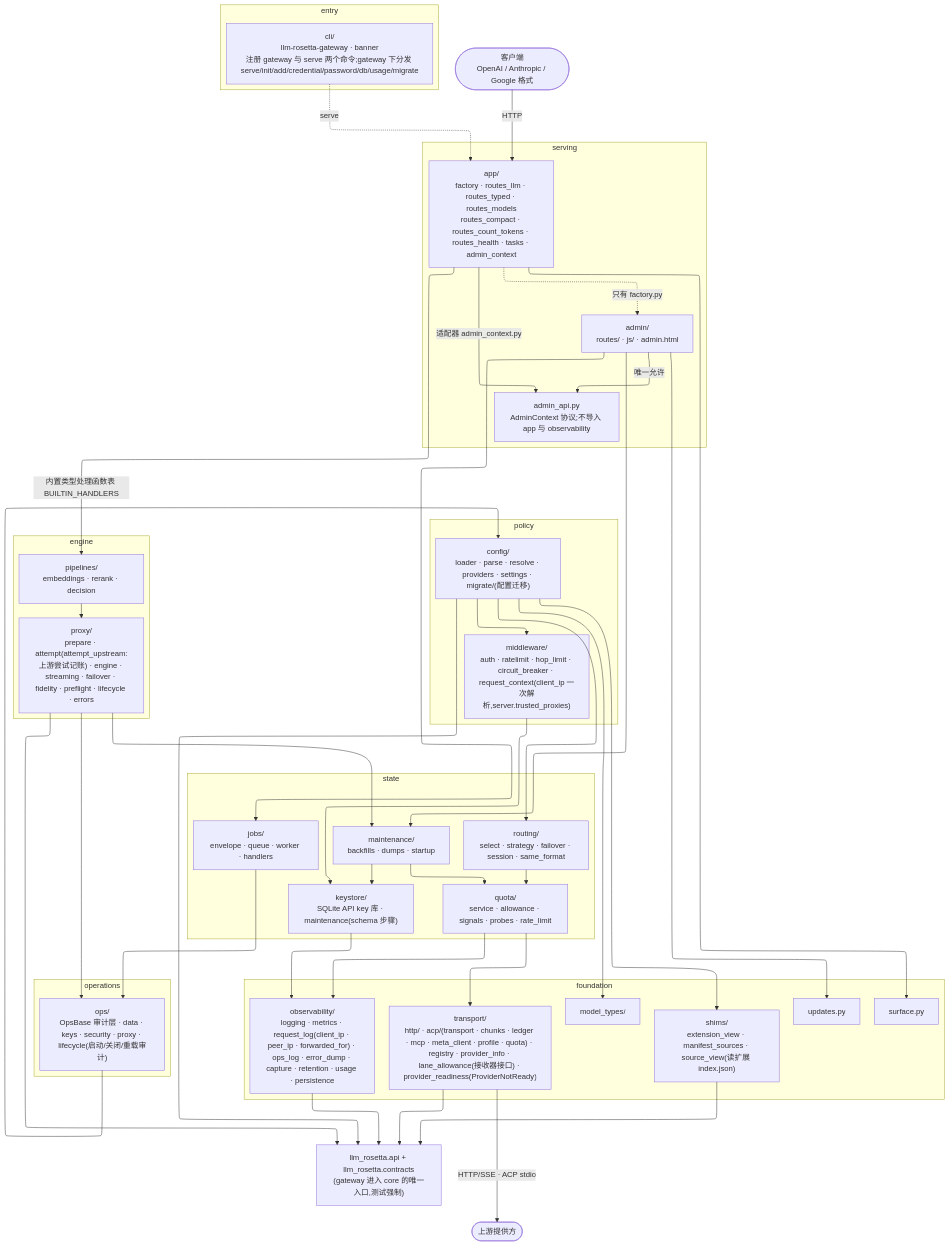
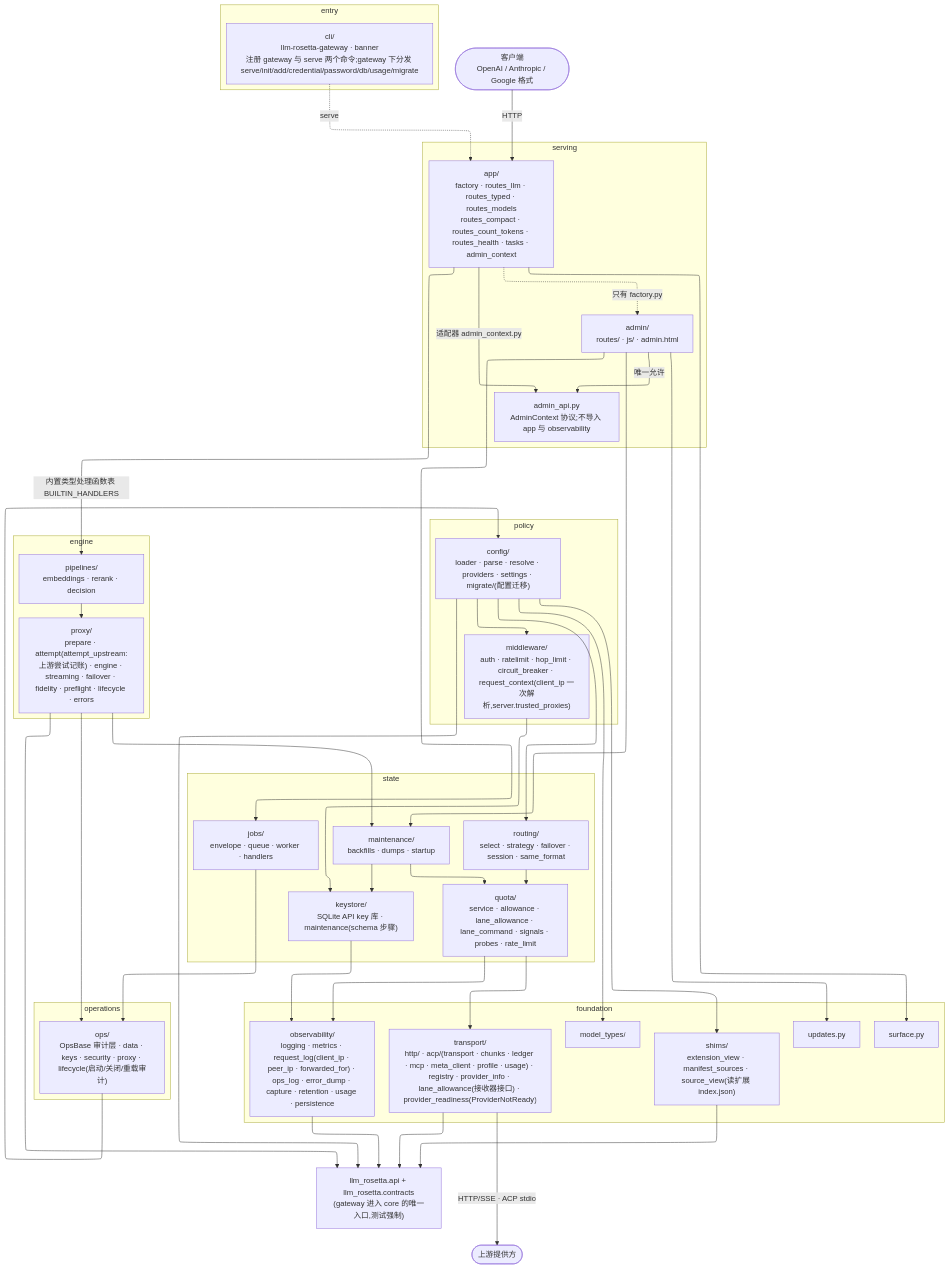
One commit to Oaklight/llm-rosetta changed the diagram in gateway.mmd. Above: the diagram before and after it, drawn with Mermaid. The commit also changed 6 other files, not shown here.

Commit message:
diagrams: the lane allowance store lives in quota/ (#1830 A9 PR 2)

```diff
--- a/gateway.mmd
+++ b/gateway.mmd
@@ -1,74 +1,74 @@
 ---
 config:
   layout: elk
 ---
 flowchart TB
   subgraph STATE["state"]
     KEYSTORE["keystore/<br/>SQLite API key 库 · maintenance(schema 步骤)"]
     MAINT["maintenance/<br/>backfills · dumps · startup"]
     JOBS["jobs/<br/>envelope · queue · worker · handlers"]
-    QUOTA["quota/<br/>service · allowance · signals · probes · rate_limit"]
+    QUOTA["quota/<br/>service · allowance · lane_allowance · lane_command · signals · probes · rate_limit"]
     ROUTING["routing/<br/>select · strategy · failover · session · same_format"]
   end
   subgraph POLICY["policy"]
     CONFIG["config/<br/>loader · parse · resolve · providers · settings · migrate/(配置迁移)"]
     MW["middleware/<br/>auth · ratelimit · hop_limit · circuit_breaker · request_context(client_ip 一次解析,server.trusted_proxies)"]
   end
   subgraph FOUNDATION["foundation"]
-    TRANSPORT["transport/<br/>http/ · acp/(transport · chunks · ledger · mcp · meta_client · profile · quota) · registry · provider_info · lane_allowance(接收器接口) · provider_readiness(ProviderNotReady)"]
+    TRANSPORT["transport/<br/>http/ · acp/(transport · chunks · ledger · mcp · meta_client · profile · usage) · registry · provider_info · lane_allowance(接收器接口) · provider_readiness(ProviderNotReady)"]
     SURF["surface.py"]
     OBS["observability/<br/>logging · metrics · request_log(client_ip · peer_ip · forwarded_for) · ops_log · error_dump · capture · retention · usage · persistence"]
     UPD["updates.py"]
     MT["model_types/"]
     SHIMS["shims/<br/>extension_view · manifest_sources · source_view(读扩展 index.json)"]
   end
   subgraph ENGINE["engine"]
     PROXY["proxy/<br/>prepare · attempt(attempt_upstream:上游尝试记账) · engine · streaming · failover · fidelity · preflight · lifecycle · errors"]
     PIPES["pipelines/<br/>embeddings · rerank · decision"]
   end
   subgraph OPERATIONS["operations"]
     OPS["ops/<br/>OpsBase 审计层 · data · keys · security · proxy · lifecycle(启动/关闭/重载审计)"]
   end
   subgraph ENTRY["entry"]
     CLI["cli/<br/>llm-rosetta-gateway · banner<br/>注册 gateway 与 serve 两个命令;gateway 下分发 serve/init/add/credential/password/db/usage/migrate"]
   end
   CLIENT(["客户端<br/>OpenAI / Anthropic / Google 格式"])
   CORE["llm_rosetta.api + llm_rosetta.contracts<br/>(gateway 进入 core 的唯一入口,测试强制)"]
   UP(["上游提供方"])
   subgraph SERVING["serving"]
     ADMINAPI["admin_api.py<br/>AdminContext 协议;不导入 app 与 observability"]
     ADMIN["admin/<br/>routes/ · js/ · admin.html"]
     APP["app/<br/>factory · routes_llm · routes_typed · routes_models<br/>routes_compact · routes_count_tokens · routes_health · tasks · admin_context"]
   end
   ADMIN -->|"唯一允许"| ADMINAPI
   ADMIN --> JOBS
   ADMIN --> MAINT
   ADMIN --> UPD
   APP -.->|"只有 factory.py"| ADMIN
   APP -->|"适配器 admin_context.py"| ADMINAPI
   APP -->|"内置类型处理函数表 BUILTIN_HANDLERS"| PIPES
   APP --> SURF
   CLI -.->|"serve"| APP
   CONFIG --> MW
   CONFIG --> MT
   CONFIG --> ROUTING
   CONFIG --> SHIMS
   JOBS --> OPS
   KEYSTORE --> OBS
   MAINT --> KEYSTORE
   MAINT --> QUOTA
   MW --> KEYSTORE
   OPS --> CONFIG
   PIPES --> PROXY
   PROXY --> MAINT
   PROXY --> OPS
   QUOTA --> OBS
   QUOTA --> TRANSPORT
   ROUTING --> QUOTA
   CONFIG --> CORE
   TRANSPORT -->|HTTP/SSE · ACP stdio| UP
   OBS --> CORE
   SHIMS --> CORE
   TRANSPORT --> CORE
   CLIENT -->|HTTP| APP
   PROXY --> CORE
```
